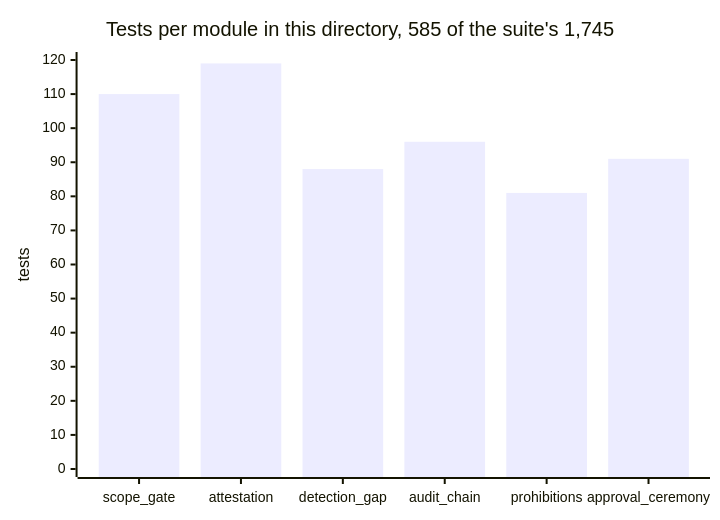
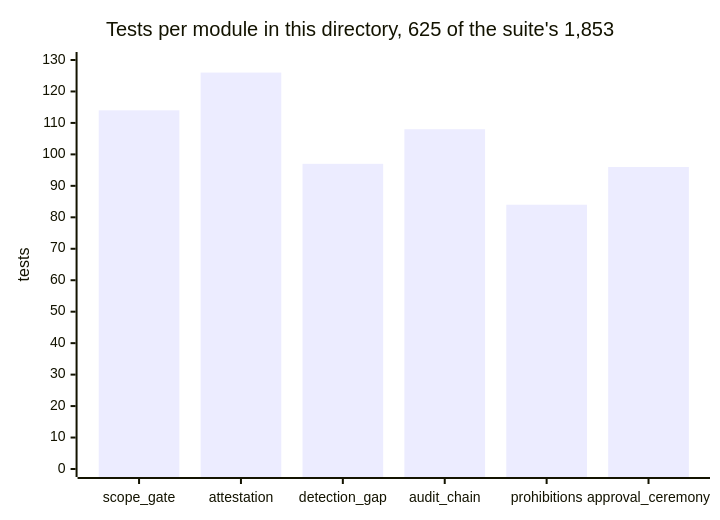
One commit to greeklinux/Showcase changed the ninth of 10 diagrams in blackgate/README.md. Above: the diagram before and after it, drawn with Mermaid. The commit also changed other lines of this file and 44 other files, not shown here.

````diff
--- a/blackgate/README.md
+++ b/blackgate/README.md
@@ -827,7 +827,7 @@
 ```mermaid
 xychart-beta
-    title "Tests per module in this directory, 585 of the suite's 1,745"
+    title "Tests per module in this directory, 625 of the suite's 1,853"
     x-axis ["scope_gate", "attestation", "detection_gap", "audit_chain", "prohibitions", "approval_ceremony"]
-    y-axis "tests" 0 --> 120
-    bar [110, 119, 88, 96, 81, 91]
+    y-axis "tests" 0 --> 130
+    bar [114, 126, 97, 108, 84, 96]
 ```
````
